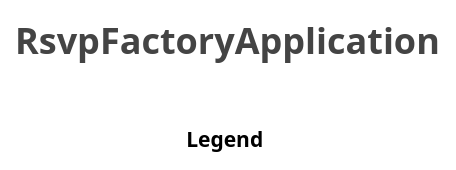
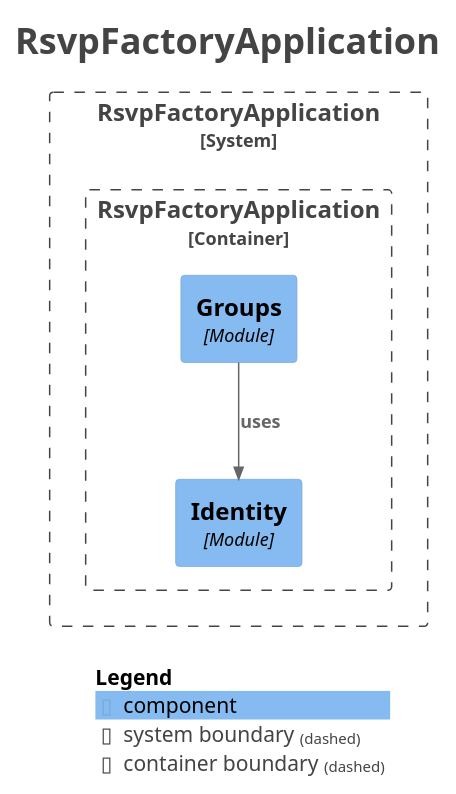
Before and after one commit to kylehoehns/rsvp-factory: the diagram in docs/modules/components.puml, drawn with PlantUML. The commit also changed 21 other files, not shown here.

```diff
--- a/docs/modules/components.puml
+++ b/docs/modules/components.puml
@@ -1,19 +1,30 @@
 @startuml
 title <size:24>RsvpFactoryApplication</size>
 
 set separator none
 top to bottom direction
 
 <style>
   root {
     BackgroundColor: #ffffff
     FontColor: #444444
   }
 </style>
 
 !include <C4/C4>
 !include <C4/C4_Context>
+!include <C4/C4_Component>
+
+System_Boundary("RsvpFactoryApplication_boundary", "RsvpFactoryApplication", $tags="") {
+  Container_Boundary("RsvpFactoryApplication.RsvpFactoryApplication_boundary", "RsvpFactoryApplication", $tags="") {
+    Component(RsvpFactoryApplication.RsvpFactoryApplication.Identity, "Identity", $techn="Module", $descr="", $tags="", $link="")
+    Component(RsvpFactoryApplication.RsvpFactoryApplication.Groups, "Groups", $techn="Module", $descr="", $tags="", $link="")
+  }
+
+}
+
+Rel(RsvpFactoryApplication.RsvpFactoryApplication.Groups, RsvpFactoryApplication.RsvpFactoryApplication.Identity, "uses", $techn="", $tags="", $link="")
 
 SHOW_LEGEND(true)
 hide stereotypes
 @enduml
```
